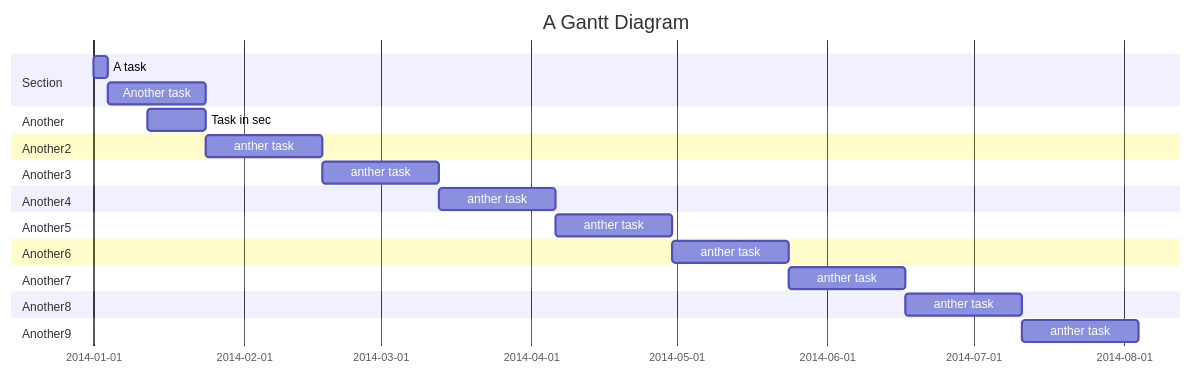
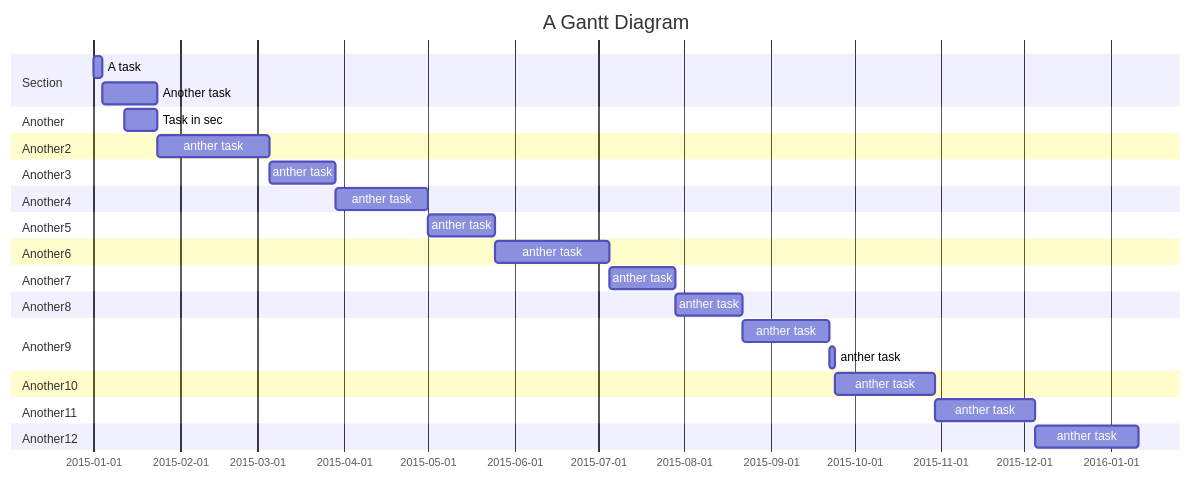
Before and after one commit to lilianliu52/colliand.github.com: the second of 2 diagrams in pages/gantt.md, drawn with Mermaid. The commit also changed other lines of this file, not shown here.

Commit message:
update gantt file

```diff
--- a/pages/gantt.md
+++ b/pages/gantt.md
@@ -121,26 +85,33 @@
-    <div class="mermaid">
+<div class="mermaid">
         gantt
         title A Gantt Diagram
         dateFormat  YYYY-MM-DD
         section Section
-        A task           :a1, 2014-01-01, 3d
+        A task           :a1, 2015-01-01, 3d
         Another task     :after a1  , 20d
         section Another
-        Task in sec      :2014-01-12  , 12d
+        Task in sec      :2015-01-12  , 12d
         section Another2
-        anther task      : 24d
+        anther task      : 40d
         section Another3
         anther task      : 24d
         section Another4
-        anther task      : 24d
+        anther task      : 33d
         section Another5
         anther task      : 24d
         section Another6
-        anther task      : 24d
+        anther task      : 41d
         section Another7
         anther task      : 24d
         section Another8
         anther task      : 24d
         section Another9
-        anther task      : 24d
-    </div>
+        anther task      : 31d
+        anther task      : 2d
+        section Another10
+        anther task      : 36d
+        section Another11
+        anther task      : 36d
+        section Another12
+        anther task      : 37d
+</div>
```
